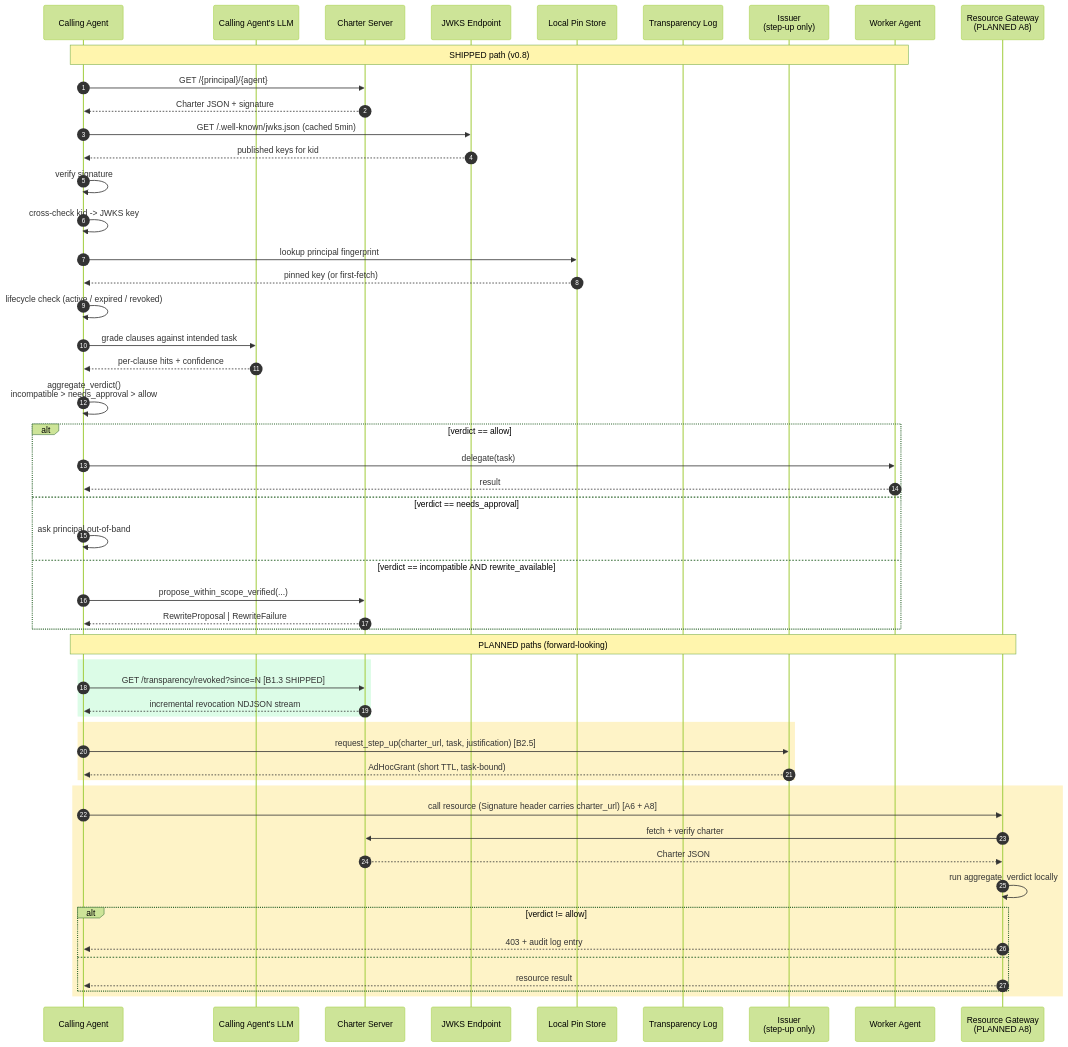
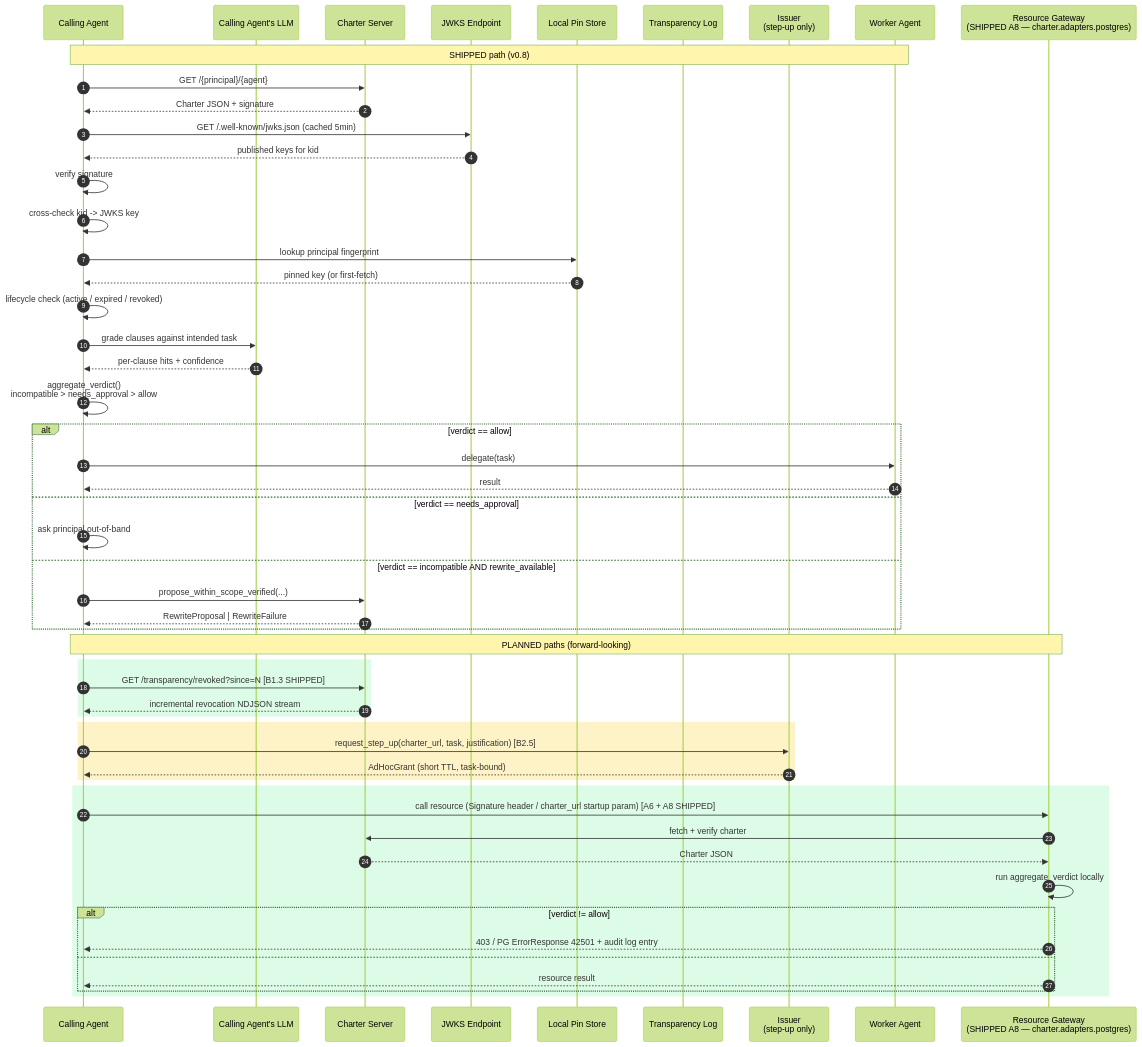
Before and after one commit to hnaymyh123-henry/charter: the third of 6 diagrams in docs/architecture.md, drawn with Mermaid (forest theme). The commit also changed other lines of this file and 11 other files, not shown here.

First line of the commit message:
feat(adapters): Postgres reference adapter — capability-boundary sample (#48)

````diff
--- a/docs/architecture.md
+++ b/docs/architecture.md
@@ -211,63 +212,63 @@
 ```mermaid
 sequenceDiagram
     autonumber
     participant CA as Calling Agent
     participant LLM as Calling Agent's LLM
     participant SRV as Charter Server
     participant JWKS as JWKS Endpoint
     participant PIN as Local Pin Store
     participant TLOG as Transparency Log
     participant ISS as Issuer<br/>(step-up only)
     participant WA as Worker Agent
-    participant RG as Resource Gateway<br/>(PLANNED A8)
+    participant RG as Resource Gateway<br/>(SHIPPED A8 — charter.adapters.postgres)
 
     Note over CA,WA: SHIPPED path (v0.8)
 
     CA->>SRV: GET /{principal}/{agent}
     SRV-->>CA: Charter JSON + signature
     CA->>JWKS: GET /.well-known/jwks.json (cached 5min)
     JWKS-->>CA: published keys for kid
     CA->>CA: verify signature
     CA->>CA: cross-check kid -> JWKS key
     CA->>PIN: lookup principal fingerprint
     PIN-->>CA: pinned key (or first-fetch)
     CA->>CA: lifecycle check (active / expired / revoked)
 
     CA->>LLM: grade clauses against intended task
     LLM-->>CA: per-clause hits + confidence
     CA->>CA: aggregate_verdict()<br/>incompatible > needs_approval > allow
 
     alt verdict == allow
         CA->>WA: delegate(task)
         WA-->>CA: result
     else verdict == needs_approval
         CA->>CA: ask principal out-of-band
     else verdict == incompatible AND rewrite_available
         CA->>SRV: propose_within_scope_verified(...)
         SRV-->>CA: RewriteProposal | RewriteFailure
     end
 
     Note over CA,RG: PLANNED paths (forward-looking)
 
     rect rgb(220, 252, 231)
         CA->>SRV: GET /transparency/revoked?since=N  [B1.3 SHIPPED]
         SRV-->>CA: incremental revocation NDJSON stream
     end
 
     rect rgb(254, 243, 199)
         CA->>ISS: request_step_up(charter_url, task, justification)  [B2.5]
         ISS-->>CA: AdHocGrant (short TTL, task-bound)
     end
 
-    rect rgb(254, 243, 199)
-        CA->>RG: call resource (Signature header carries charter_url)  [A6 + A8]
+    rect rgb(220, 252, 231)
+        CA->>RG: call resource (Signature header / charter_url startup param)  [A6 + A8 SHIPPED]
         RG->>SRV: fetch + verify charter
         SRV-->>RG: Charter JSON
         RG->>RG: run aggregate_verdict locally
         alt verdict != allow
-            RG-->>CA: 403 + audit log entry
+            RG-->>CA: 403 / PG ErrorResponse 42501 + audit log entry
         else
             RG-->>CA: resource result
         end
     end
 ```
````
